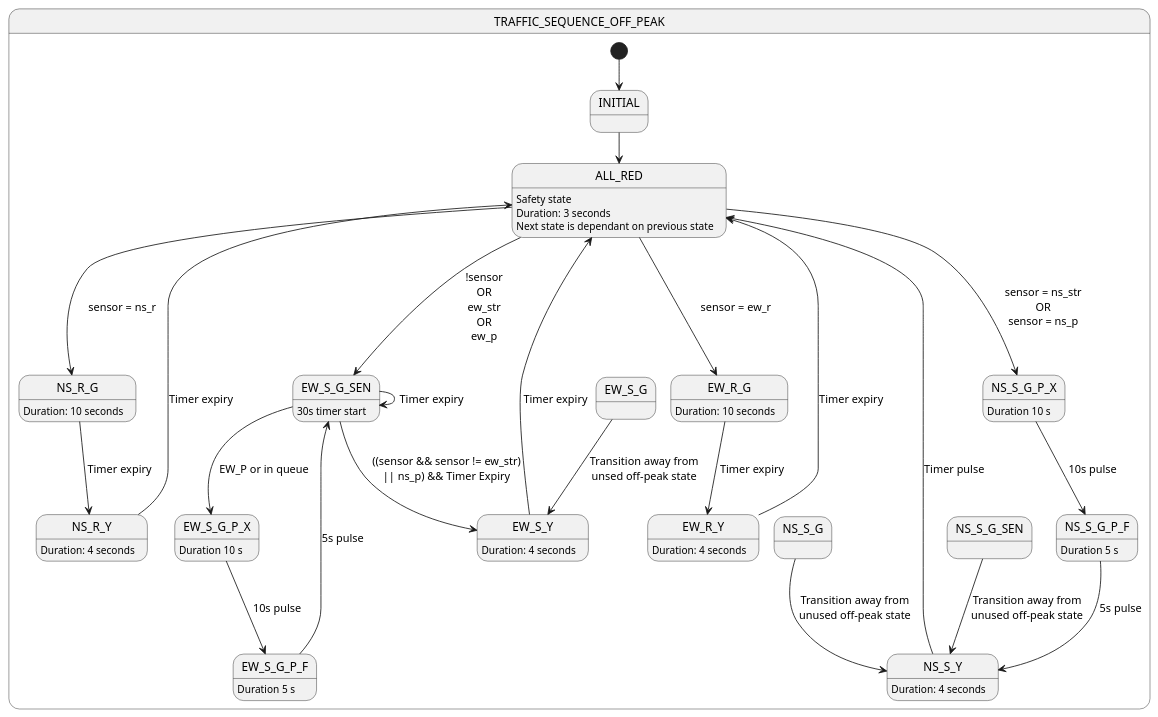
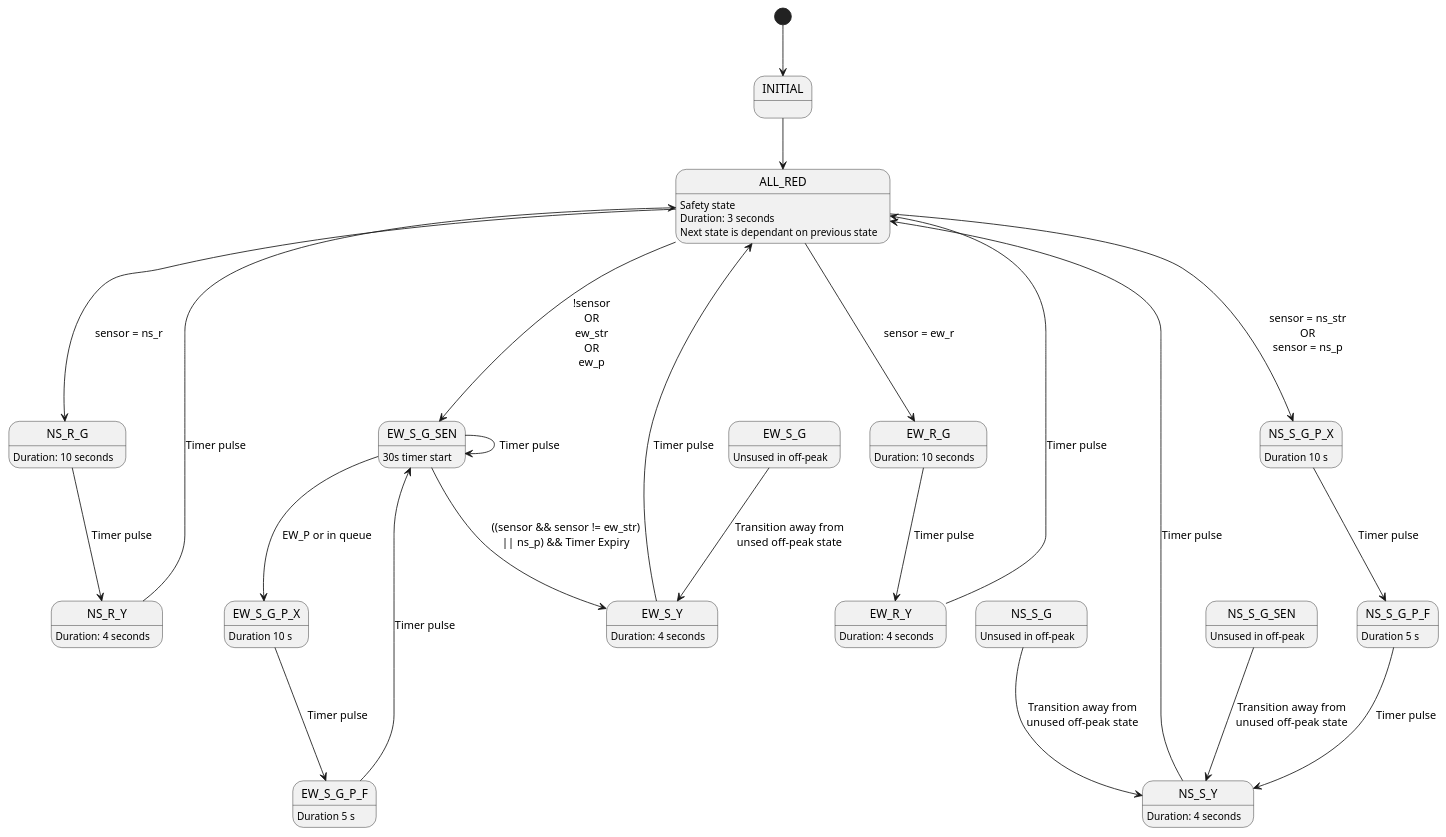
Before and after one commit to Mr4D/Traffic-Light-System: the diagram in docs/main_off_peak_state_machine.wsd, drawn with PlantUML. The commit also changed 4 other files, not shown here.

Commit message:
Intersection node diagram

```diff
--- a/docs/main_off_peak_state_machine.wsd
+++ b/docs/main_off_peak_state_machine.wsd
@@ -1,66 +1,64 @@
 @startuml STATE_MACHINE_SEQUENCE_OFF_PEAK
 
-' http://www.victoriawalks.org.au/Crossing_the_road/
+[*]     --> INITIAL
 
-state TRAFFIC_SEQUENCE_OFF_PEAK {
+INITIAL --> ALL_RED
 
-    [*]     --> INITIAL
+ALL_RED ---> NS_R_G: sensor = ns_r
+NS_R_G  ---> NS_R_Y: Timer pulse
+NS_R_Y  ---> ALL_RED: Timer pulse
 
-    INITIAL --> ALL_RED
+' NS ped states
+EW_S_G_SEN ---> EW_S_G_P_X: EW_P or in queue
+EW_S_G_P_X ---> EW_S_G_P_F: Timer pulse
+EW_S_G_P_F ---> EW_S_G_SEN: Timer pulse
 
-    ALL_RED ---> NS_R_G: sensor = ns_r
-    NS_R_G  ---> NS_R_Y: Timer expiry
-    NS_R_Y  ---> ALL_RED: Timer expiry
+ALL_RED ---> EW_R_G: sensor = ew_r
+EW_R_G  ---> EW_R_Y: Timer pulse
+EW_R_Y ---> ALL_RED: Timer pulse
 
-    ' NS ped states
-    EW_S_G_SEN ---> EW_S_G_P_X: EW_P or in queue
-    EW_S_G_P_X ---> EW_S_G_P_F: 10s pulse
-    EW_S_G_P_F ---> EW_S_G_SEN: 5s pulse
+' Traffic state
+ALL_RED ---> NS_S_G_P_X: sensor = ns_str\nOR\nsensor = ns_p
+NS_S_G ---> NS_S_Y: Transition away from\nunused off-peak state
+NS_S_Y ---> ALL_RED: Timer pulse
 
-    ALL_RED ---> EW_R_G: sensor = ew_r
-    EW_R_G  ---> EW_R_Y: Timer expiry
-    EW_R_Y ---> ALL_RED: Timer expiry
+NS_S_G_SEN ---> NS_S_Y: Transition away from\nunused off-peak state
 
-    ' Traffic state
-    ALL_RED ---> NS_S_G_P_X: sensor = ns_str\nOR\nsensor = ns_p
-    NS_S_G ---> NS_S_Y:Transition away from\nunused off-peak state
-    NS_S_Y ---> ALL_RED: Timer pulse
+' NS ped states
+NS_S_G_P_X ---> NS_S_G_P_F: Timer pulse
+NS_S_G_P_F ---> NS_S_Y: Timer pulse
 
-    NS_S_G_SEN ---> NS_S_Y: Transition away from\nunused off-peak state
+' Traffic state
+ALL_RED ---> EW_S_G_SEN: !sensor\nOR\new_str\nOR\new_p
+EW_S_G_SEN ---> EW_S_G_SEN: Timer pulse
+EW_S_G_SEN ---> EW_S_Y: ((sensor && sensor != ew_str)\n|| ns_p) && Timer Expiry
+EW_S_Y ---> ALL_RED: Timer pulse
 
-    ' NS ped states
-    NS_S_G_P_X ---> NS_S_G_P_F: 10s pulse
-    NS_S_G_P_F ---> NS_S_Y: 5s pulse
-
-    ' Traffic state
-    ALL_RED ---> EW_S_G_SEN: !sensor\nOR\new_str\nOR\new_p
-    EW_S_G_SEN ---> EW_S_G_SEN: Timer expiry
-    EW_S_G_SEN ---> EW_S_Y: ((sensor && sensor != ew_str)\n|| ns_p) && Timer Expiry
-    EW_S_Y ---> ALL_RED: Timer expiry
-
-    EW_S_G ---> EW_S_Y: Transition away from\nunsed off-peak state
-
-}
+EW_S_G ---> EW_S_Y: Transition away from\nunsed off-peak state
 
 ALL_RED: Safety state
 ALL_RED: Duration: 3 seconds
 ALL_RED: Next state is dependant on previous state
 
 
 EW_S_G_SEN: 30s timer start
 
 NS_S_G_P_X: Duration 10 s
 EW_S_G_P_X: Duration 10 s
 
 NS_S_G_P_F: Duration 5 s
 EW_S_G_P_F: Duration 5 s
 
 EW_R_G: Duration: 10 seconds
 NS_R_G: Duration: 10 seconds
 
 NS_S_Y: Duration: 4 seconds
 EW_R_Y: Duration: 4 seconds
 EW_S_Y: Duration: 4 seconds
 NS_R_Y: Duration: 4 seconds
 
+NS_S_G_SEN: Unsused in off-peak
+NS_S_G: Unsused in off-peak
+EW_S_G: Unsused in off-peak
+
 @enduml
```
